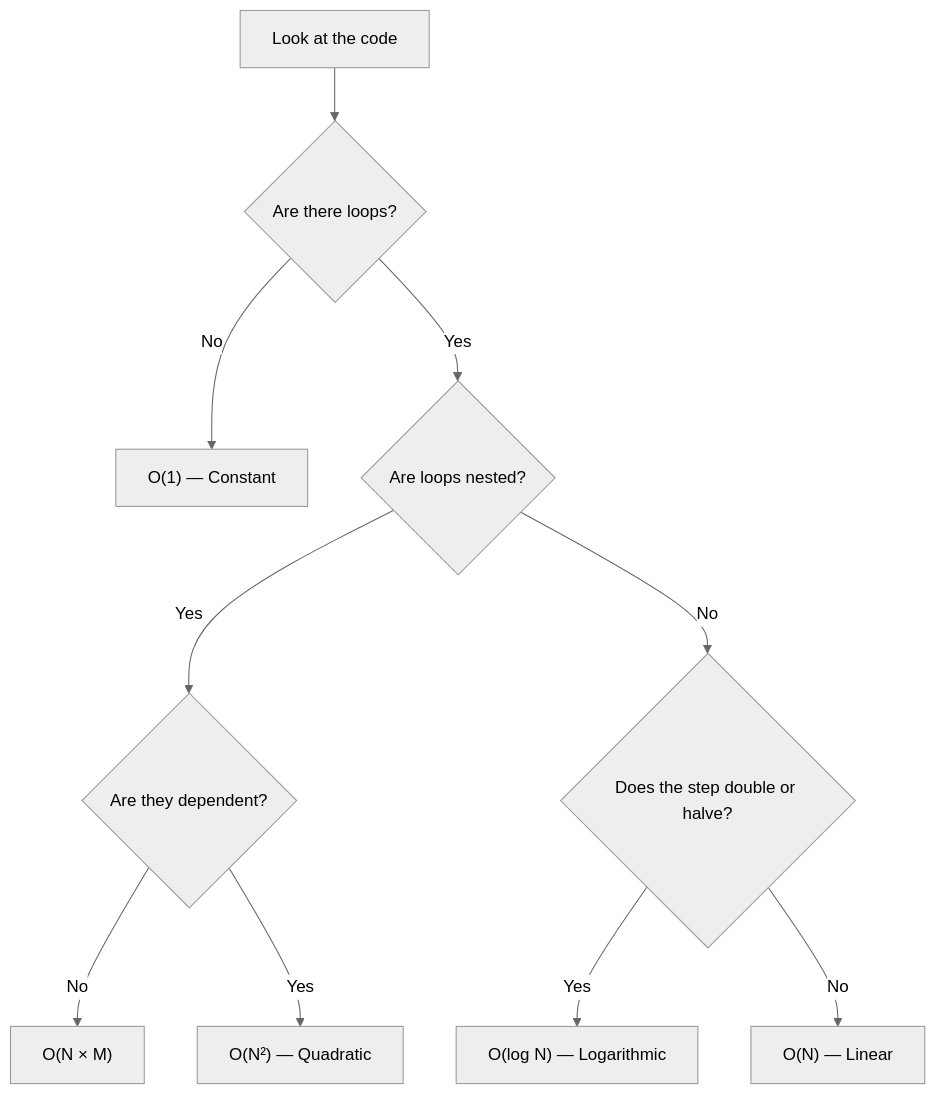
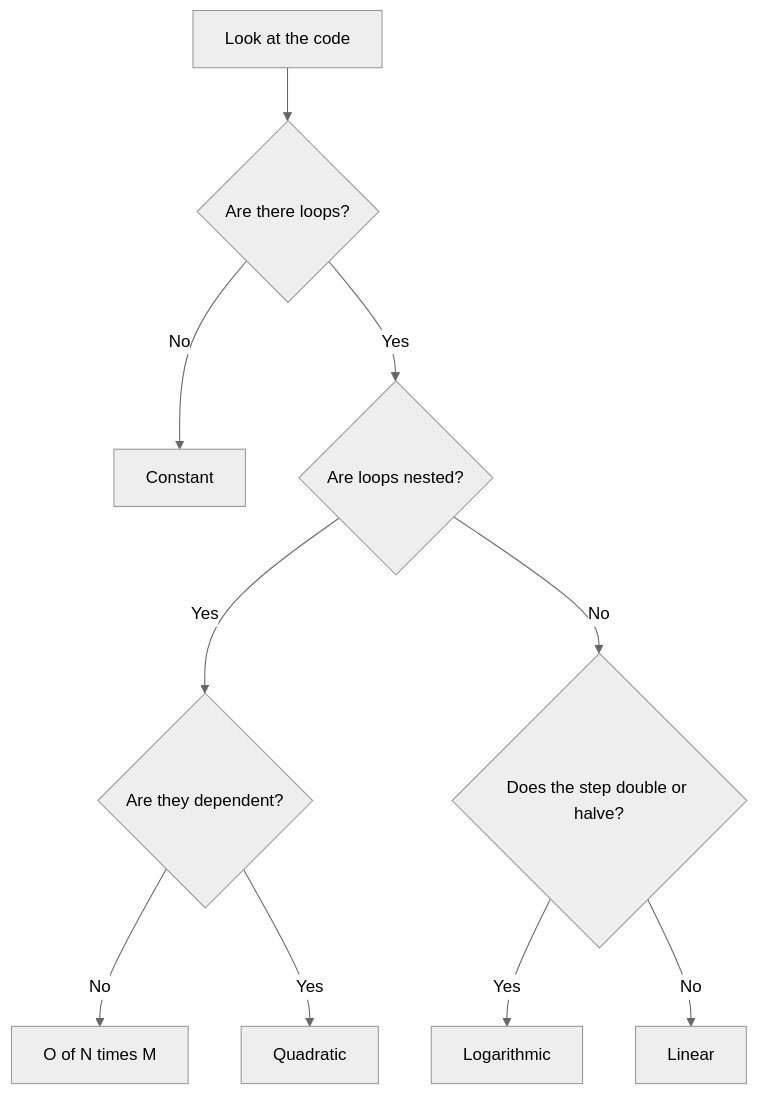
The seventh of 9 diagrams in 01-Algorithm-Analysis/01- Big O notation.md (hagaramr2005/DSA-From-Scratch), drawn with Mermaid (neutral theme) before and after one commit. The commit also changed other lines of this file, not shown here.

````diff
--- a/01-Algorithm-Analysis/01- Big O notation.md
+++ b/01-Algorithm-Analysis/01- Big O notation.md
@@ -557,12 +569,12 @@
 ```mermaid
 graph TD
     A[Look at the code] --> B{Are there loops?}
-    B -- No --> C["O(1) — Constant"]
+    B -- No --> C[Constant]
     B -- Yes --> D{Are loops nested?}
     D -- Yes --> E{Are they dependent?}
-    E -- No --> F["O(N × M)"]
-    E -- Yes --> G["O(N²) — Quadratic"]
+    E -- No --> F[O of N times M]
+    E -- Yes --> G[Quadratic]
     D -- No --> H{Does the step double or halve?}
-    H -- Yes --> I["O(log N) — Logarithmic"]
-    H -- No --> J["O(N) — Linear"]
+    H -- Yes --> I[Logarithmic]
+    H -- No --> J[Linear]
 ```
````
